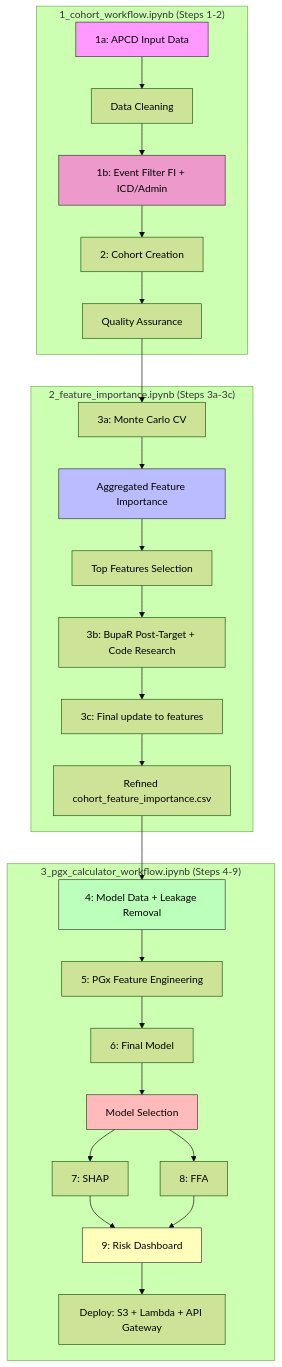
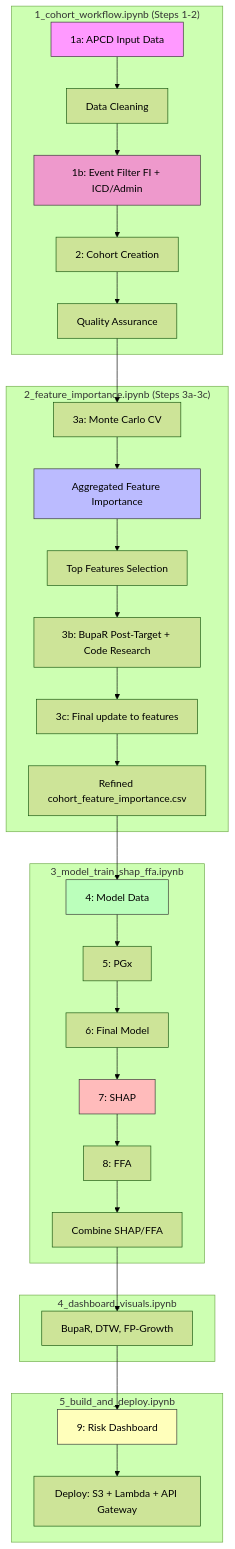
The diagram in docs/README_analysis_workflow.md (Jerome3590/pgx-analysis), drawn with Mermaid (forest theme) before and after one commit. The commit also changed other lines of this file and 45 other files, not shown here.

````diff
--- a/docs/README_analysis_workflow.md
+++ b/docs/README_analysis_workflow.md
@@ -243,37 +243,43 @@
 ```mermaid
 flowchart TD
     subgraph W1["1_cohort_workflow.ipynb (Steps 1-2)"]
         A1[1a: APCD Input Data] --> A2[Data Cleaning]
         A2 --> A1b[1b: Event Filter FI + ICD/Admin]
         A1b --> A3[2: Cohort Creation]
         A3 --> A4[Quality Assurance]
     end
 
     subgraph W2["2_feature_importance.ipynb (Steps 3a-3c)"]
         A4 --> B1[3a: Monte Carlo CV]
         B1 --> B2[Aggregated Feature Importance]
         B2 --> B3[Top Features Selection]
         B3 --> B4[3b: BupaR Post-Target + Code Research]
         B4 --> B5[3c: Final update to features]
         B5 --> B6[Refined cohort_feature_importance.csv]
     end
 
-    subgraph W3["3_pgx_calculator_workflow.ipynb (Steps 4-9)"]
-        B6 --> C1[4: Model Data + Leakage Removal]
-        C1 --> D1[5: PGx Feature Engineering]
+    subgraph W3["3_model_train_shap_ffa.ipynb"]
+        B6 --> C1[4: Model Data]
+        C1 --> D1[5: PGx]
         D1 --> E1[6: Final Model]
-        E1 --> E4[Model Selection]
-        E4 --> F1[7: SHAP]
+        E1 --> E4[7: SHAP]
         E4 --> F2[8: FFA]
-        F1 --> G1[9: Risk Dashboard]
-        F2 --> G1
+        F2 --> F1[Combine SHAP/FFA]
+    end
+
+    subgraph W4["4_dashboard_visuals.ipynb"]
+        F1 --> G0[BupaR, DTW, FP-Growth]
+    end
+
+    subgraph W5["5_build_and_deploy.ipynb"]
+        G0 --> G1[9: Risk Dashboard]
         G1 --> G5[Deploy: S3 + Lambda + API Gateway]
     end
 
     style A1 fill:#f9f,stroke:#333
     style A1b fill:#e9c,stroke:#333
     style B2 fill:#bbf,stroke:#333
     style C1 fill:#bfb,stroke:#333
     style E4 fill:#fbb,stroke:#333
     style G1 fill:#ffb,stroke:#333
 ```
````
